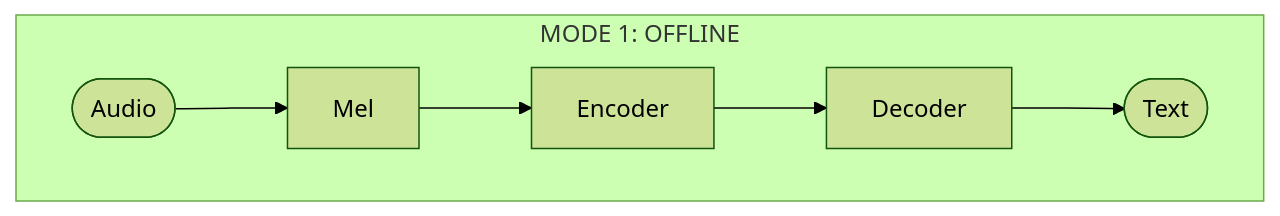
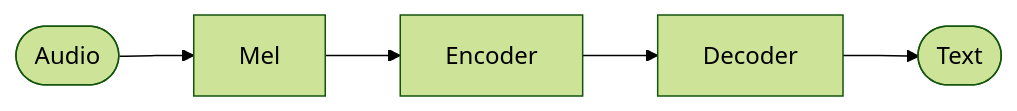
Before and after one commit to Justme0/asr-polish: diagram 14 of 16 in doc/qwen-asr-analysis.md, drawn with Mermaid (forest theme). The commit also changed other lines of this file and 3 other files, not shown here.

````diff
--- a/doc/qwen-asr-analysis.md
+++ b/doc/qwen-asr-analysis.md
@@ -95,7 +422,4 @@
 ```mermaid
 flowchart LR
-    subgraph M1["MODE 1: OFFLINE"]
-        direction LR
-        a1([Audio]) --> b1[Mel] --> c1[Encoder] --> d1[Decoder] --> e1([Text])
-    end
+    a1([Audio]) --> b1[Mel] --> c1[Encoder] --> d1[Decoder] --> e1([Text])
 ```
````
